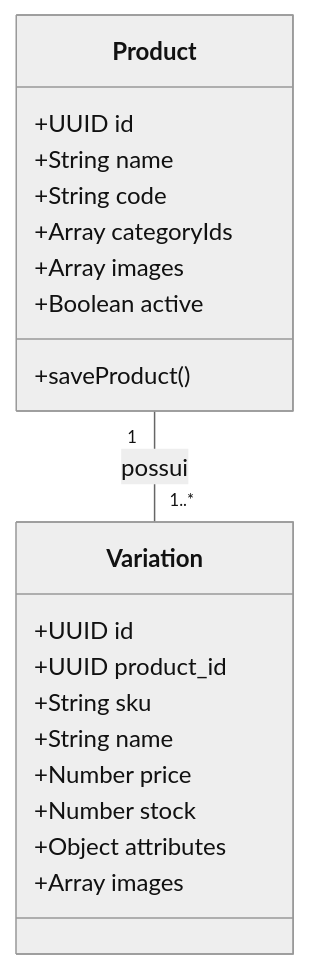
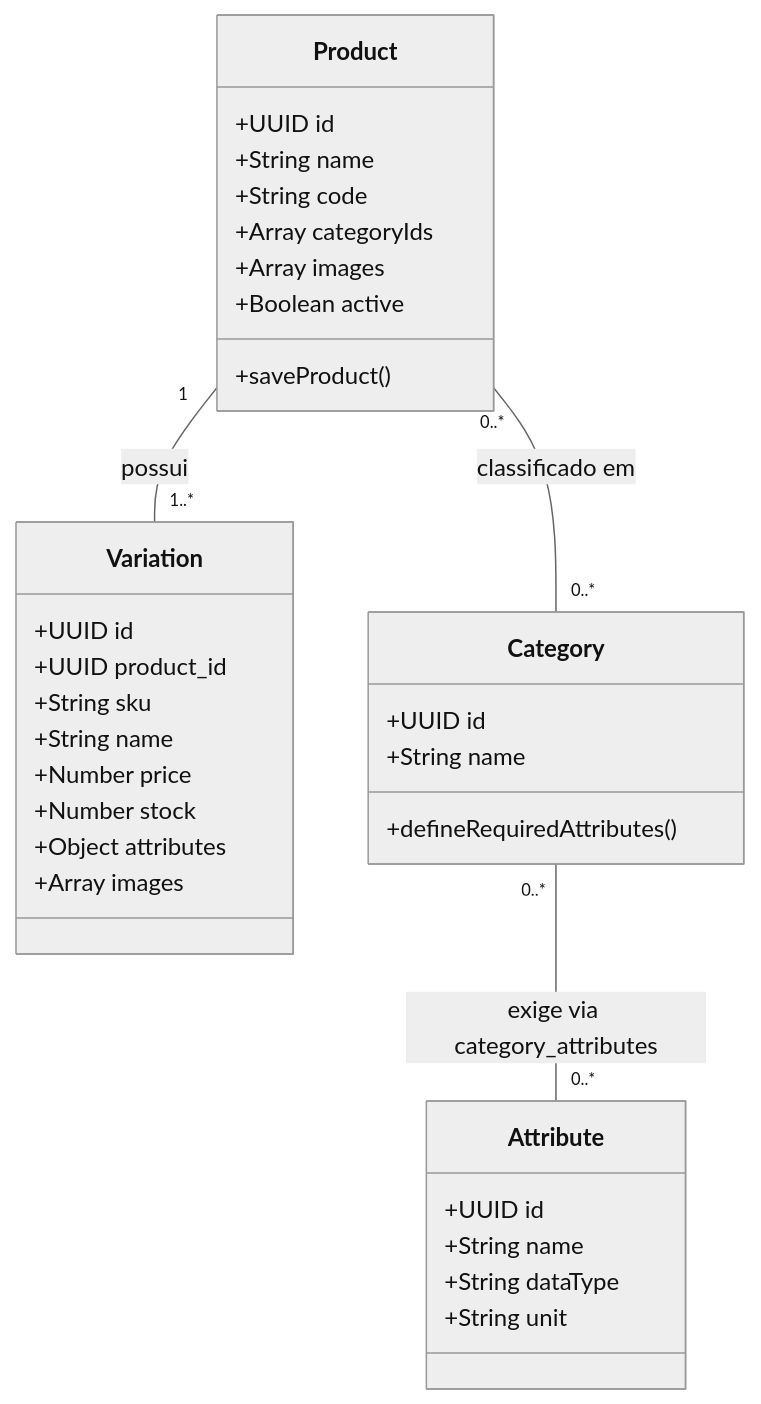
The diagram in docs/negocio/produtos/estrutura-produto-variacao.md (matheusmorante/moveismorantehub), drawn with Mermaid (neutral theme) before and after one commit. The commit also changed other lines of this file and 165 other files, not shown here.

````diff
--- a/docs/negocio/produtos/estrutura-produto-variacao.md
+++ b/docs/negocio/produtos/estrutura-produto-variacao.md
@@ -13,23 +13,36 @@
 ```mermaid
 classDiagram
     class Product {
         +UUID id
         +String name
         +String code
         +Array categoryIds
         +Array images
         +Boolean active
         +saveProduct()
     }
     class Variation {
         +UUID id
         +UUID product_id
         +String sku
         +String name
         +Number price
         +Number stock
         +Object attributes
         +Array images
     }
+    class Category {
+        +UUID id
+        +String name
+        +defineRequiredAttributes()
+    }
+    class Attribute {
+        +UUID id
+        +String name
+        +String dataType
+        +String unit
+    }
     Product "1" -- "1..*" Variation : possui
+    Product "0..*" -- "0..*" Category : classificado em
+    Category "0..*" -- "0..*" Attribute : exige via category_attributes
 ```
````
